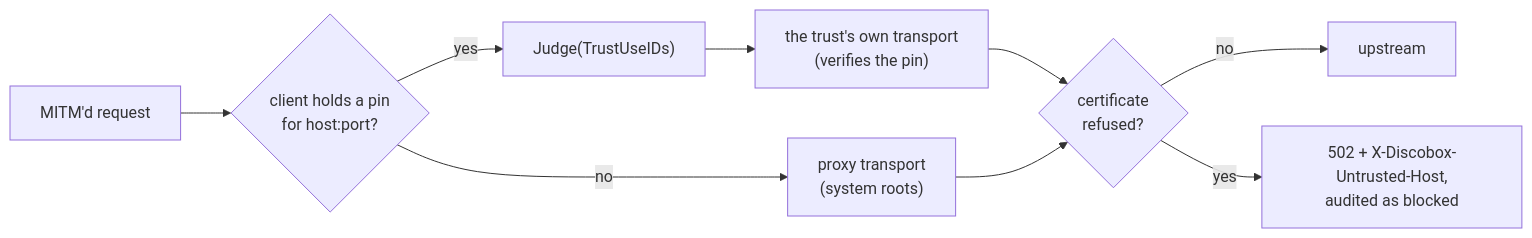
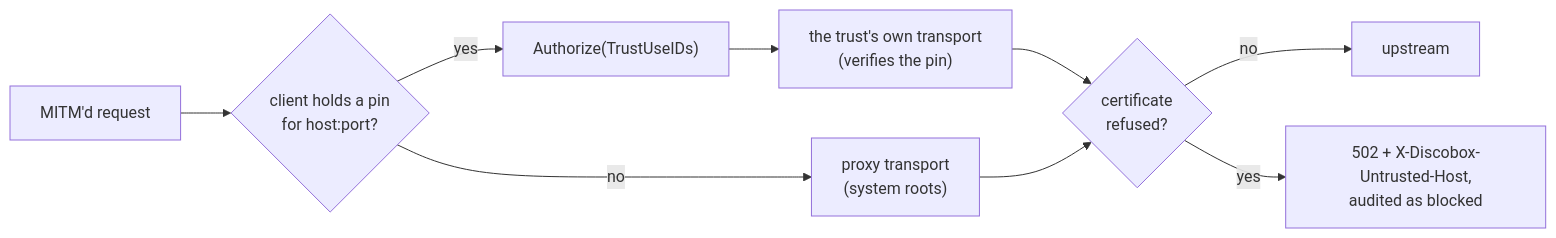
Before and after one commit to discobox-ai/discobox: the third of 3 diagrams in proxy/DESIGN.md, drawn with Mermaid. The commit also changed other lines of this file and 13 other files, not shown here.

````diff
--- a/proxy/DESIGN.md
+++ b/proxy/DESIGN.md
@@ -516,10 +516,10 @@
 ```mermaid
 flowchart LR
     req["MITM'd request"] --> lookup{"client holds a pin\nfor host:port?"}
-    lookup -->|yes| judge["Judge(TrustUseIDs)"] --> pinned["the trust's own transport\n(verifies the pin)"]
+    lookup -->|yes| judge["Authorize(TrustUseIDs)"] --> pinned["the trust's own transport\n(verifies the pin)"]
     lookup -->|no| default["proxy transport\n(system roots)"]
     pinned --> refused{"certificate\nrefused?"}
     default --> refused
     refused -->|no| upstream["upstream"]
     refused -->|yes| bad["502 + X-Discobox-Untrusted-Host,\naudited as blocked"]
 ```
````
